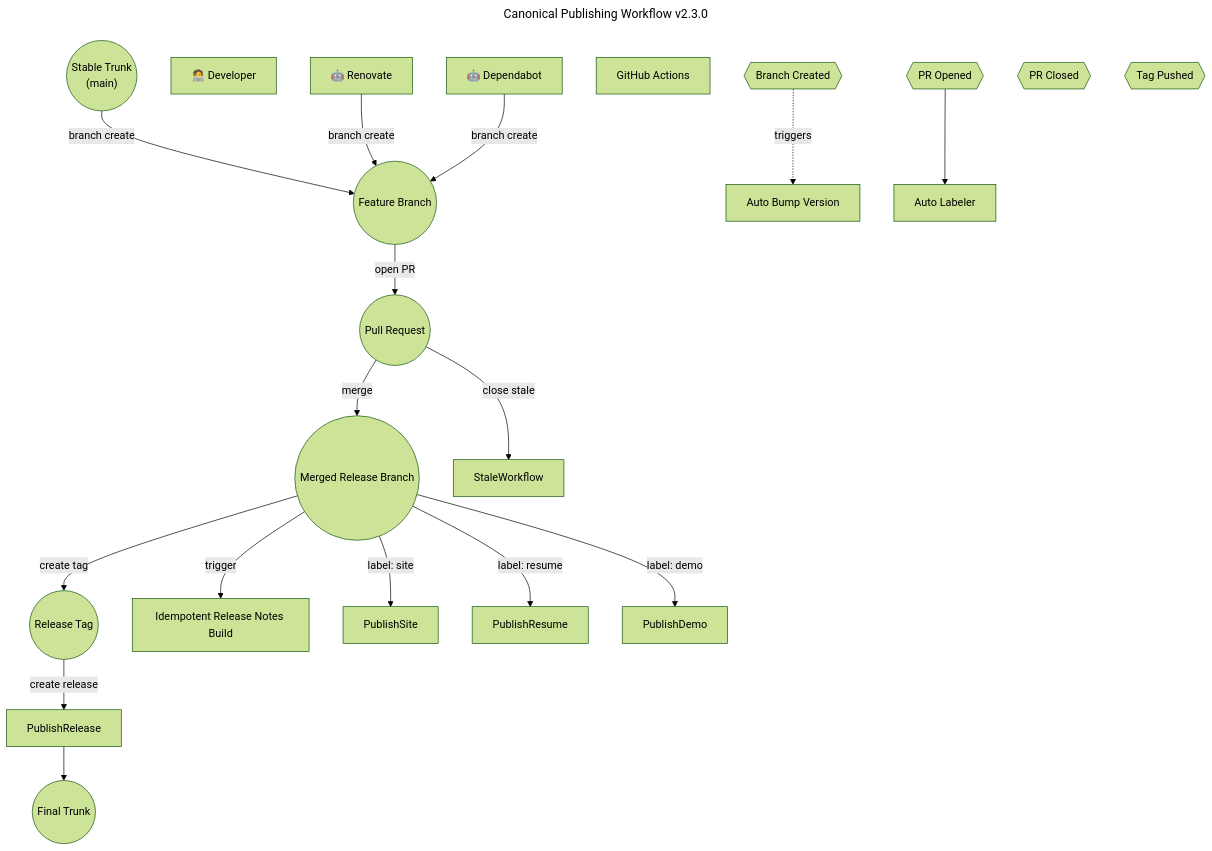
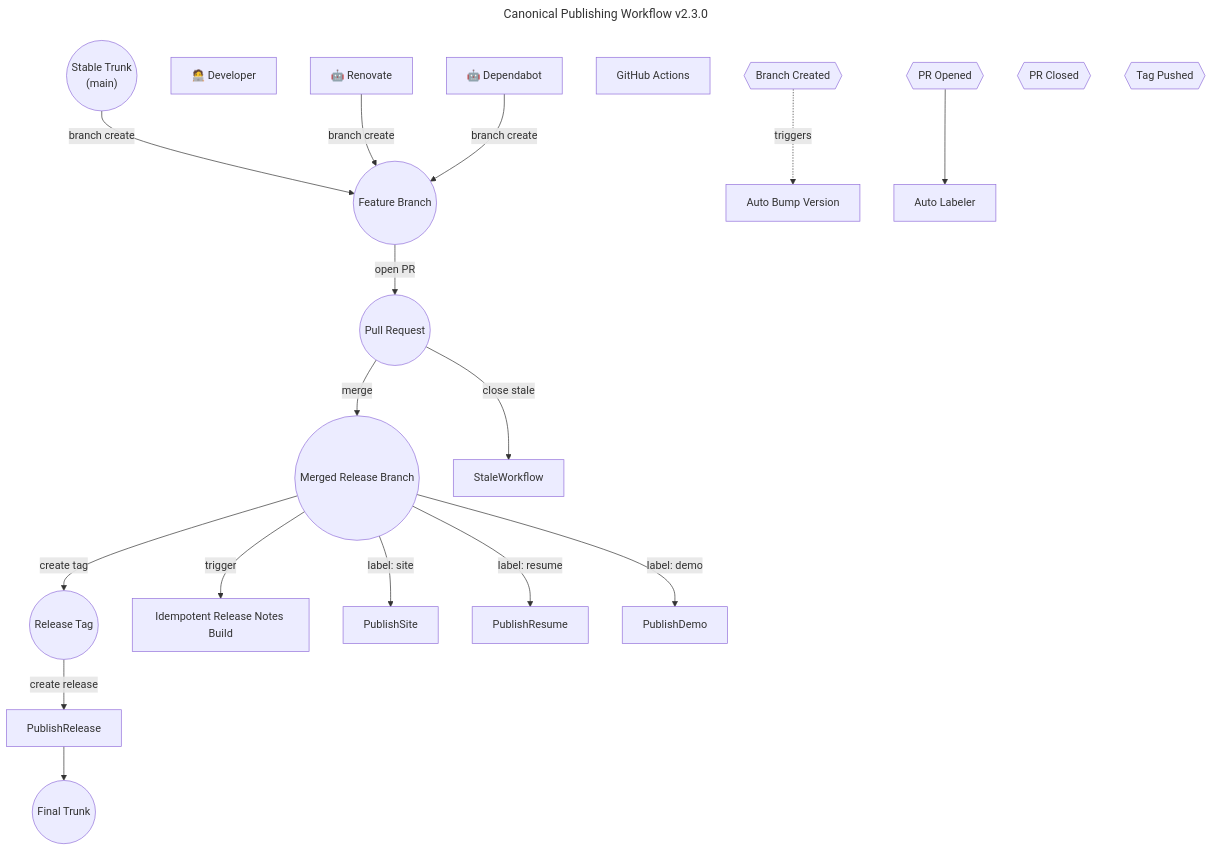
One commit to Mimis-Gildi/riddle-me-this changed the diagram in SECURITY.md. Above: the diagram before and after it, drawn with Mermaid.

Commit message:
Cannot see lines

````diff
--- a/SECURITY.md
+++ b/SECURITY.md
@@ -52,62 +52,61 @@
 ```mermaid
 ---
 title: Canonical Publishing Workflow v2.3.0
 config:
-  theme: forest
   curve: linear
   layout: dagre
 ---
 
 flowchart TD
 
 %% STATES
   StableTrunk(("Stable Trunk\n(main)"))
   FeatureBranch(("Feature Branch"))
   PullRequest(("Pull Request"))
   ReleaseBranch(("Merged Release Branch"))
   FinalTrunk(("Final Trunk"))
   ReleaseTag(("Release Tag"))
 
 %% ACTORS
   User["🧑‍💻 Developer"]
   Renovate["🤖 Renovate"]
   Dependabot["🤖 Dependabot"]
   System["GitHub Actions"]
 
 %% EVENTS
   BranchCreated{{Branch Created}}
   PullRequestOpened{{PR Opened}}
   PullRequestClosed{{PR Closed}}
   TagPushed{{Tag Pushed}}
 
 %% FLOWS
   StableTrunk -->|branch create| FeatureBranch
   Renovate -->|branch create| FeatureBranch
   Dependabot -->|branch create| FeatureBranch
 
   FeatureBranch -->|open PR| PullRequest
   PullRequest -->|merge| ReleaseBranch
   ReleaseBranch -->|create tag| ReleaseTag
 
 %% Versioning on Branch Create
   BranchCreated -. triggers .-> Versioning[Auto Bump Version]
 
 %% Release Notes
   ReleaseBranch -->|trigger| ReleaseNotes[Idempotent Release Notes Build]
 
 %% PR Labeler
   PullRequestOpened --> Labeler[Auto Labeler]
 
 %% Conditional Publish Flows
   ReleaseBranch -->|label: site| PublishSite
   ReleaseBranch -->|label: resume| PublishResume
   ReleaseBranch -->|label: demo| PublishDemo
 
 %% Tag pushed on release
   ReleaseTag -->|create release| PublishRelease
   PublishRelease --> FinalTrunk
 
 %% Housekeeping
   PullRequest -->|close stale| StaleWorkflow
 
 ```
````
